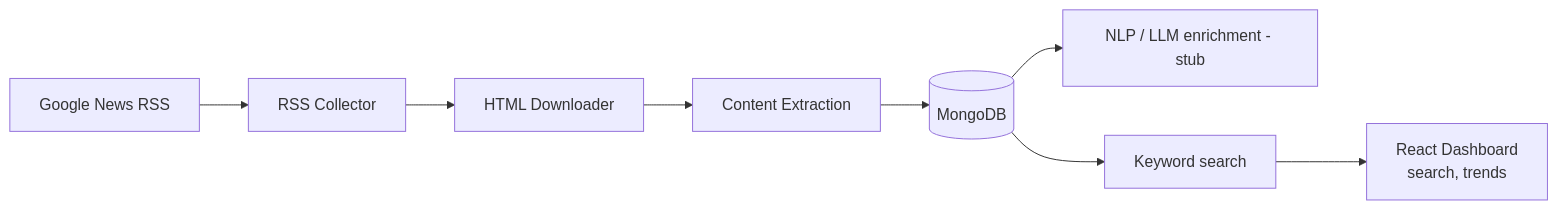
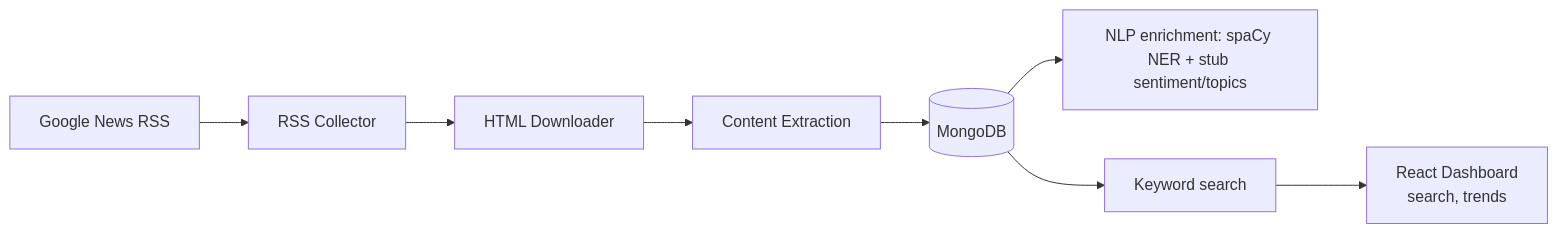
The diagram in README.md (alexandre-do/google-news-rss-radar), drawn with Mermaid before and after one commit. The commit also changed other lines of this file, not shown here.

````diff
--- a/README.md
+++ b/README.md
@@ -5,10 +5,10 @@
 ```mermaid
 flowchart LR
     RSS[Google News RSS] --> Collector[RSS Collector]
     Collector --> Downloader[HTML Downloader]
     Downloader --> Extraction[Content Extraction]
     Extraction --> Mongo[(MongoDB)]
-    Mongo --> Enrich[NLP / LLM enrichment - stub]
+    Mongo --> Enrich[NLP enrichment: spaCy NER + stub sentiment/topics]
     Mongo --> Search[Keyword search]
     Search --> Dashboard[React Dashboard\nsearch, trends]
 ```
````
